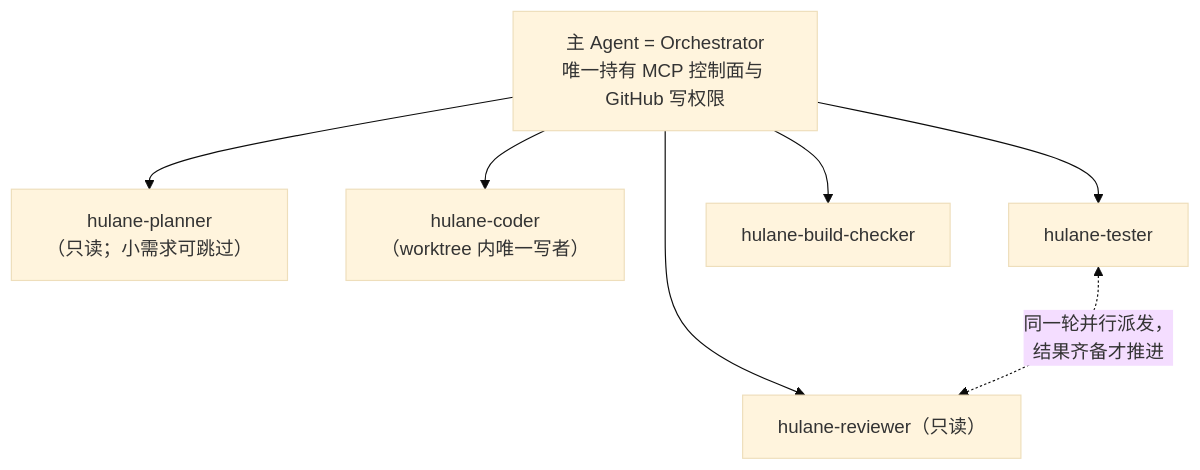
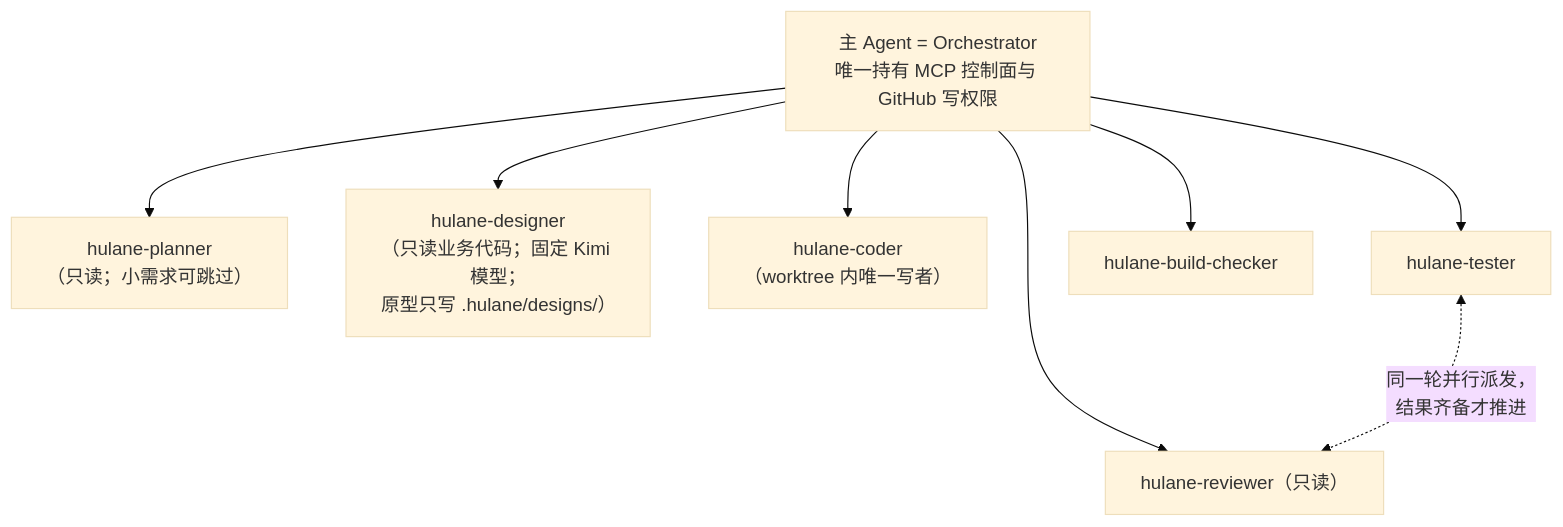
The ninth of 10 diagrams in FLOWCHARTS.md (hutong236/hutong-zcode-marketplace), drawn with Mermaid (base theme) before and after one commit. The commit also changed other lines of this file and 14 other files, not shown here.

First line of the commit message:
feat(hulane): 新增前端页面设计环节 hulane-designer 并入 Gate A 审批（V3.4.0）

````diff
--- a/FLOWCHARTS.md
+++ b/FLOWCHARTS.md
@@ -185,9 +190,10 @@
 ```mermaid
 flowchart TD
   ORCH["主 Agent = Orchestrator<br>唯一持有 MCP 控制面与 GitHub 写权限"] --> PL["hulane-planner<br>（只读；小需求可跳过）"]
+  ORCH --> DS["hulane-designer<br>（只读业务代码；固定 Kimi 模型；<br>原型只写 .hulane/designs/）"]
   ORCH --> CO["hulane-coder<br>（worktree 内唯一写者）"]
   ORCH --> TE["hulane-tester"]
   ORCH --> RE["hulane-reviewer（只读）"]
   ORCH --> BC["hulane-build-checker"]
   TE <-.->|"同一轮并行派发，<br>结果齐备才推进"| RE
 ```
````
